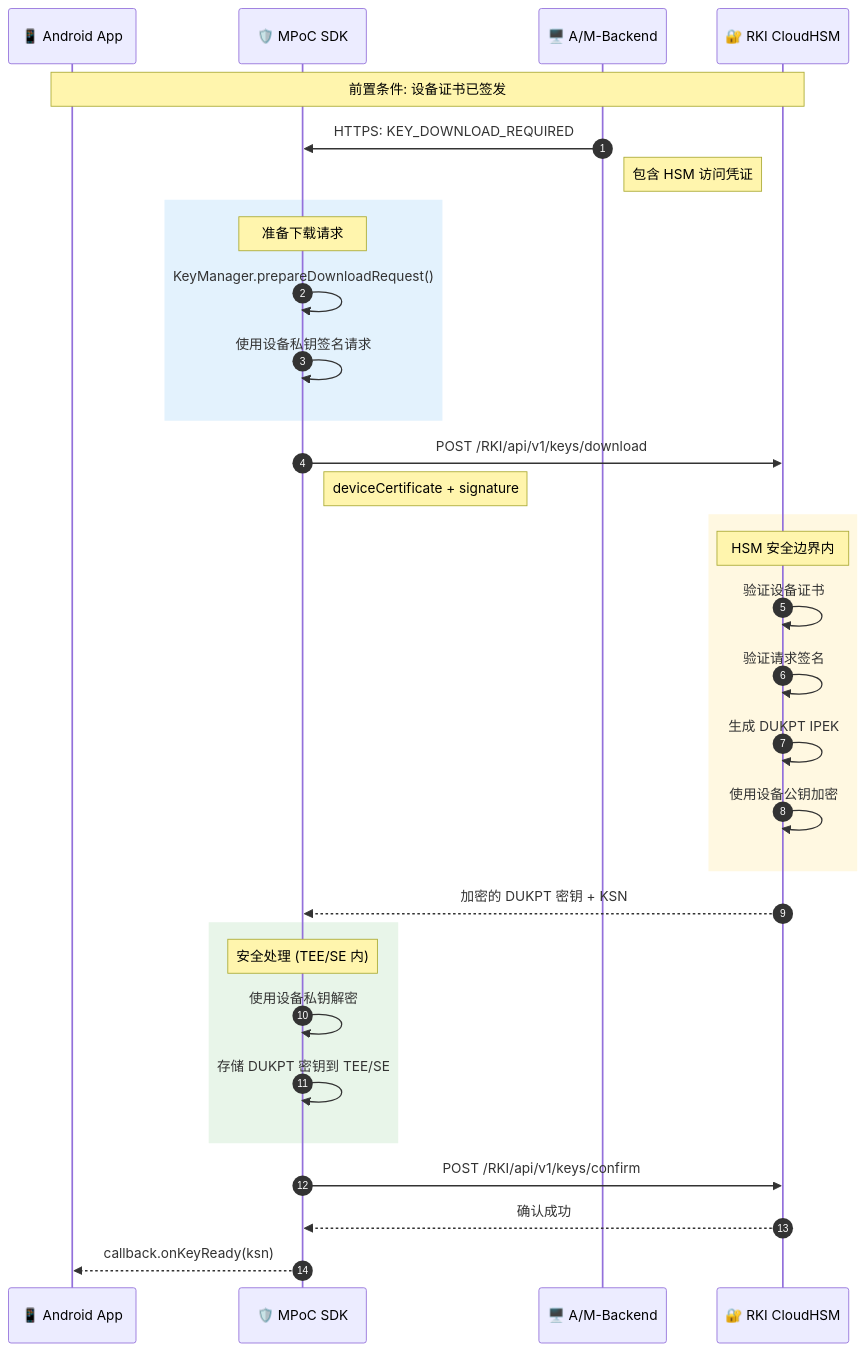
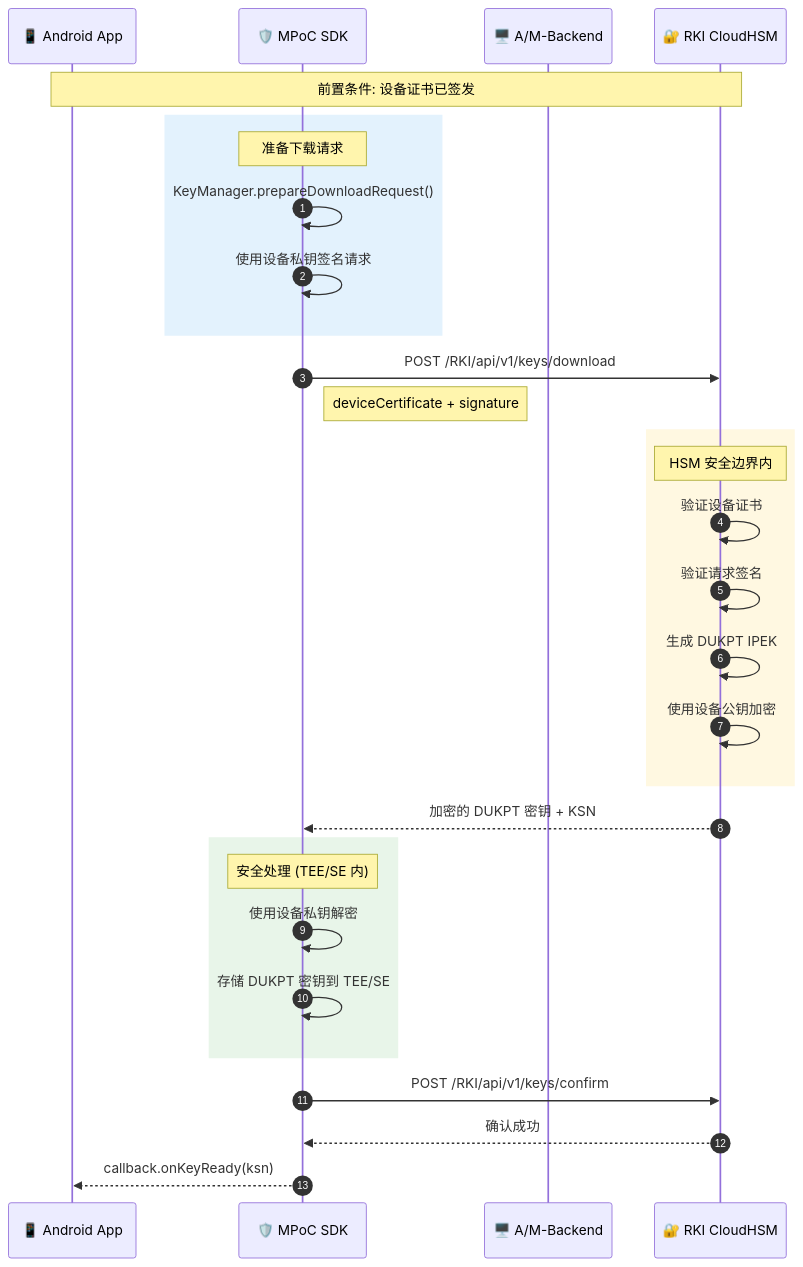
Before and after one commit to kevinwangl/sunbay-softpos-docs: the ninth of 21 diagrams in solution/MPOC_SDK_API_GUIDE.md, drawn with Mermaid. The commit also changed other lines of this file, not shown here.

````diff
--- a/solution/MPOC_SDK_API_GUIDE.md
+++ b/solution/MPOC_SDK_API_GUIDE.md
@@ -852,43 +711,40 @@
 ```mermaid
 sequenceDiagram
     autonumber
     participant App as 📱 Android App
     participant SDK as 🛡️ MPoC SDK
     participant Backend as 🖥️ A/M-Backend
     participant HSM as 🔐 RKI CloudHSM
 
     Note over App,HSM: 前置条件: 设备证书已签发
-    
-    Backend->>SDK: HTTPS: KEY_DOWNLOAD_REQUIRED
-    Note right of Backend: 包含 HSM 访问凭证
     
     rect rgb(227, 242, 253)
         Note over SDK: 准备下载请求
         SDK->>SDK: KeyManager.prepareDownloadRequest()
         SDK->>SDK: 使用设备私钥签名请求
     end
     
     SDK->>HSM: POST /RKI/api/v1/keys/download
     Note right of SDK: deviceCertificate + signature
     
     rect rgb(255, 248, 225)
         Note over HSM: HSM 安全边界内
         HSM->>HSM: 验证设备证书
         HSM->>HSM: 验证请求签名
         HSM->>HSM: 生成 DUKPT IPEK
         HSM->>HSM: 使用设备公钥加密
     end
     
     HSM-->>SDK: 加密的 DUKPT 密钥 + KSN
     
     rect rgb(232, 245, 233)
         Note over SDK: 安全处理 (TEE/SE 内)
         SDK->>SDK: 使用设备私钥解密
         SDK->>SDK: 存储 DUKPT 密钥到 TEE/SE
     end
     
     SDK->>HSM: POST /RKI/api/v1/keys/confirm
     HSM-->>SDK: 确认成功
     
     SDK-->>App: callback.onKeyReady(ksn)
 ```
````
